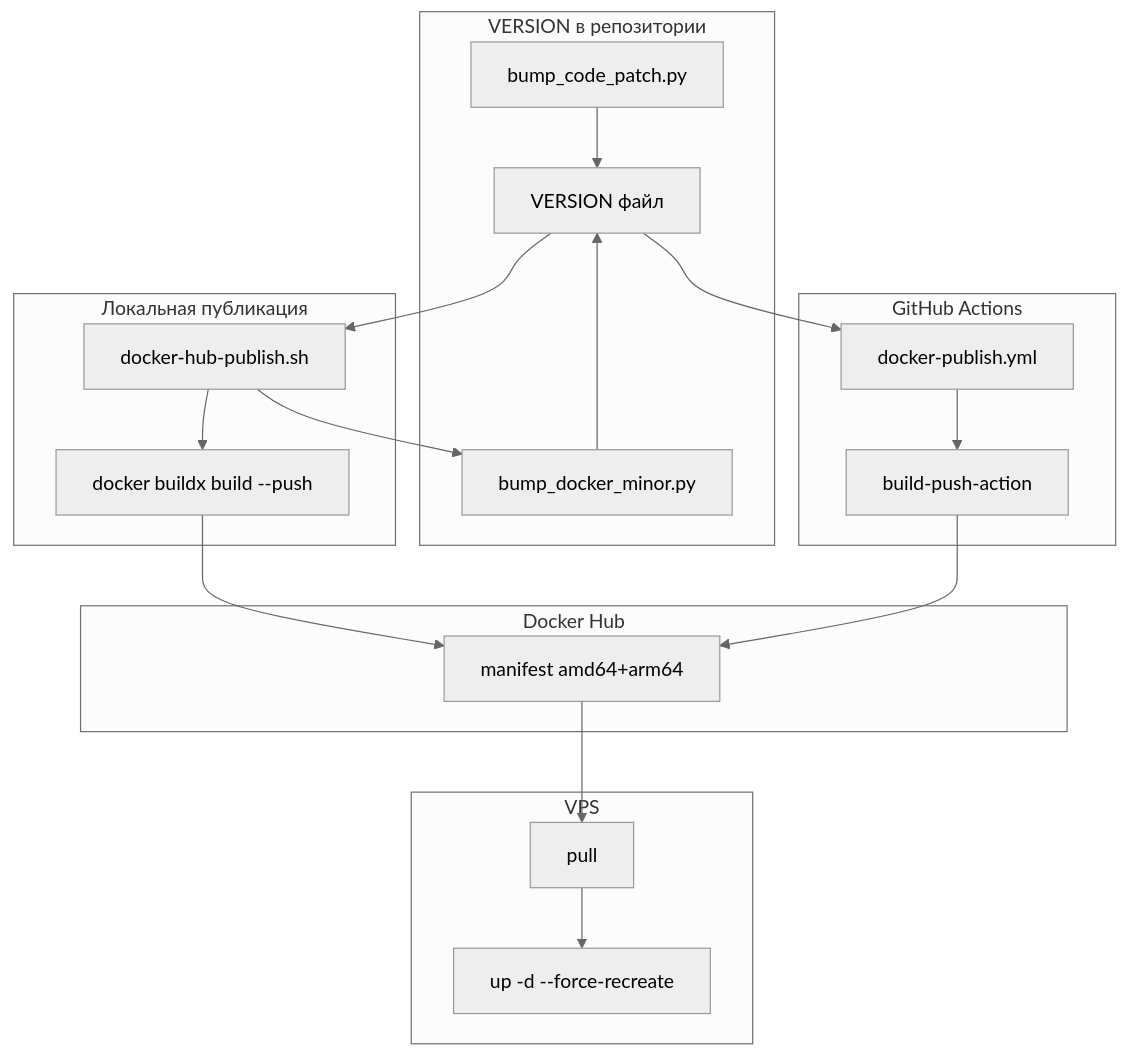
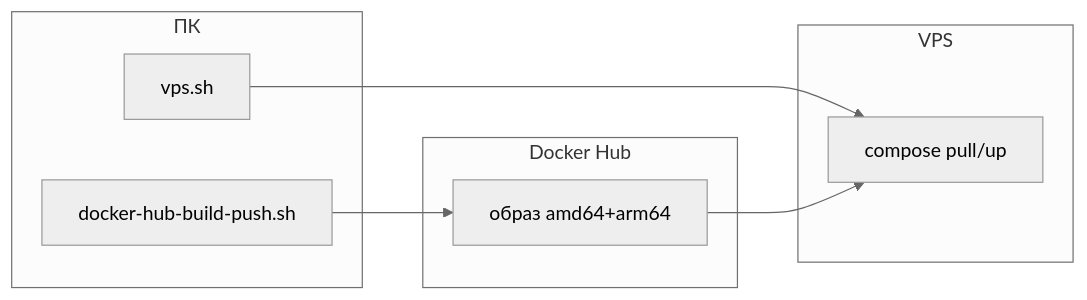
Before and after one commit to cuthbertnogood/email2telegram: the diagram in docs/docker-hub-build-and-vps-plan.md, drawn with Mermaid (neutral theme). The commit also changed other lines of this file and 13 other files, not shown here.

First line of the commit message:
VPS deploy: vps.sh, docker-hub-build-push.sh; trim Hub docs

````diff
--- a/docs/docker-hub-build-and-vps-plan.md
+++ b/docs/docker-hub-build-and-vps-plan.md
@@ -268,38 +52,16 @@
 ```mermaid
-flowchart TB
-  subgraph version [VERSION в репозитории]
-    VFILE[VERSION файл]
-    BUMP_MINOR[bump_docker_minor.py]
-    BUMP_PATCH[bump_code_patch.py]
-    BUMP_PATCH --> VFILE
-    BUMP_MINOR --> VFILE
+flowchart LR
+  subgraph pc [ПК]
+    B[docker-hub-build-push.sh]
+    V[vps.sh]
   end
-
-  subgraph local [Локальная публикация]
-    PUB[docker-hub-publish.sh]
-    BUILDX[docker buildx build --push]
-    PUB --> BUMP_MINOR
-    PUB --> BUILDX
-    VFILE --> PUB
+  subgraph hub [Docker Hub]
+    IMG[образ amd64+arm64]
   end
-
-  subgraph ci [GitHub Actions]
-    WF[docker-publish.yml]
-    BUILD_PUSH[build-push-action]
-    WF --> BUILD_PUSH
-    VFILE --> WF
+  subgraph vps [VPS]
+    C[compose pull/up]
   end
-
-  subgraph hub [Docker Hub]
-    IMG[manifest amd64+arm64]
-  end
-
-  BUILDX --> IMG
-  BUILD_PUSH --> IMG
-
-  subgraph vps [VPS]
-    PULL[pull]
-    UP[up -d --force-recreate]
-    IMG --> PULL --> UP
-  end
+  B --> IMG
+  V --> C
+  IMG --> C
 ```
````
